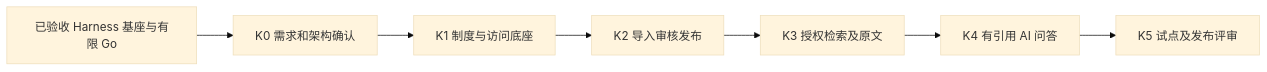
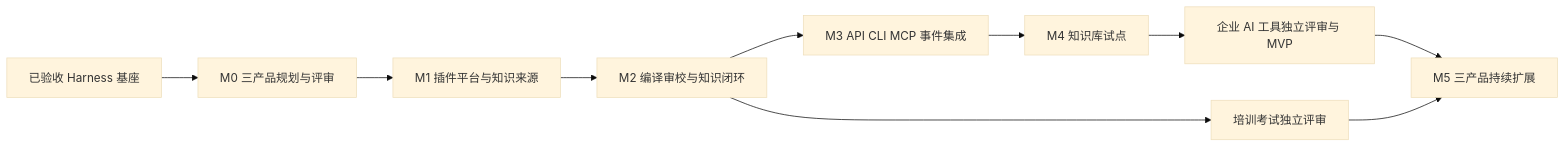
Before and after one commit to insanetoto/nuochong-page: the diagram in docs/refactor/roadmap.md, drawn with Mermaid (base theme). The commit also changed other lines of this file and 15 other files, not shown here.

````diff
--- a/docs/refactor/roadmap.md
+++ b/docs/refactor/roadmap.md
@@ -35,9 +34,12 @@
 ```mermaid
 flowchart LR
- B[已验收 Harness 基座与有限 Go] --> K0[K0 需求和架构确认]
- K0 --> K1[K1 制度与访问底座]
- K1 --> K2[K2 导入审核发布]
- K2 --> K3[K3 授权检索及原文]
- K3 --> K4[K4 有引用 AI 问答]
- K4 --> K5[K5 试点及发布评审]
+ A[已验收 Harness 基座] --> B[M0 三产品规划与评审]
+ B --> C[M1 插件平台与知识来源]
+ C --> D[M2 编译审校与知识闭环]
+ D --> E[M3 API CLI MCP 事件集成]
+ E --> F[M4 知识库试点]
+ F --> T[企业 AI 工具独立评审与 MVP]
+ D --> L[培训考试独立评审]
+ T --> G[M5 三产品持续扩展]
+ L --> G
 ```
````
